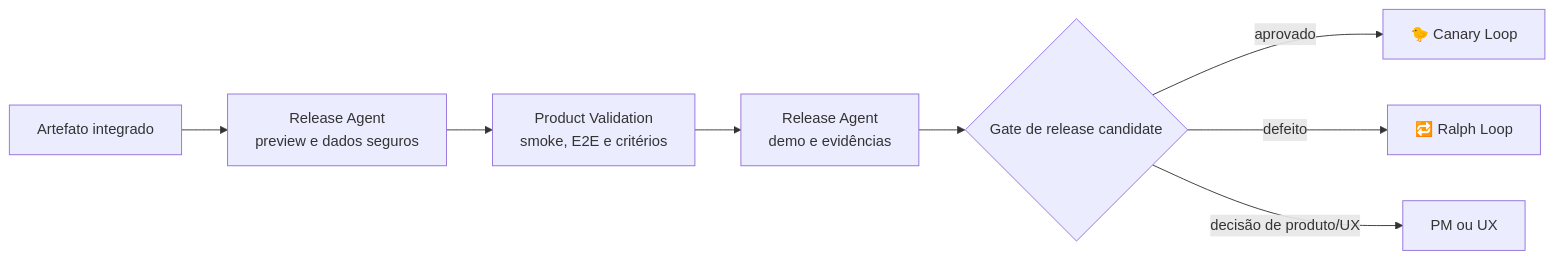
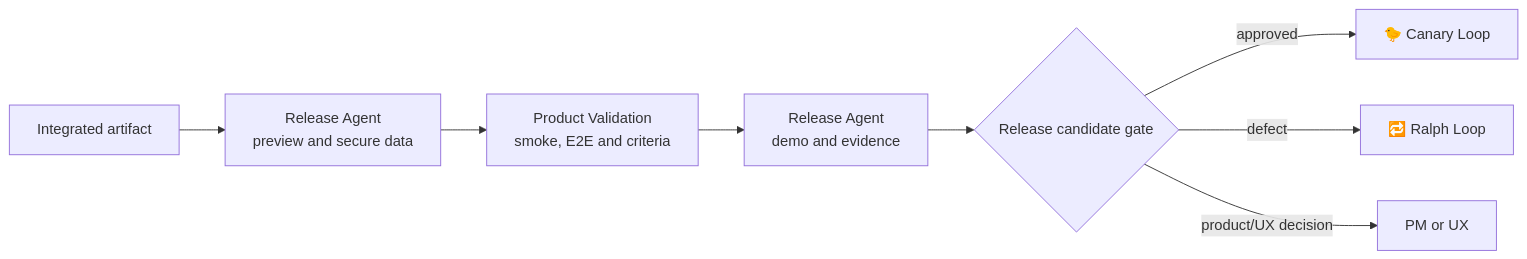
One commit to diododias/ai-manifest changed the diagram in docs/loops/07-release-candidate-validation.md. Above: the diagram before and after it, drawn with Mermaid. The commit also changed other lines of this file and 294 other files, not shown here.

````diff
--- a/docs/loops/07-release-candidate-validation.md
+++ b/docs/loops/07-release-candidate-validation.md
@@ -22,10 +22,10 @@
 ```mermaid
 flowchart LR
-    A[Artefato integrado] --> B[Release Agent\npreview e dados seguros]
-    B --> C[Product Validation\nsmoke, E2E e critérios]
-    C --> D[Release Agent\ndemo e evidências]
-    D --> E{Gate de release candidate}
-    E -- aprovado --> F[🐤 Canary Loop]
-    E -- defeito --> G[🔁 Ralph Loop]
-    E -- decisão de produto/UX --> H[PM ou UX]
+    A[Integrated artifact] --> B[Release Agent\npreview and secure data]
+    B --> C[Product Validation\nsmoke, E2E and criteria]
+    C --> D[Release Agent\ndemo and evidence]
+    D --> E{Release candidate gate}
+    E -- approved --> F[🐤 Canary Loop]
+    E -- defect --> G[🔁 Ralph Loop]
+    E -- product/UX decision --> H[PM or UX]
 ```
````
